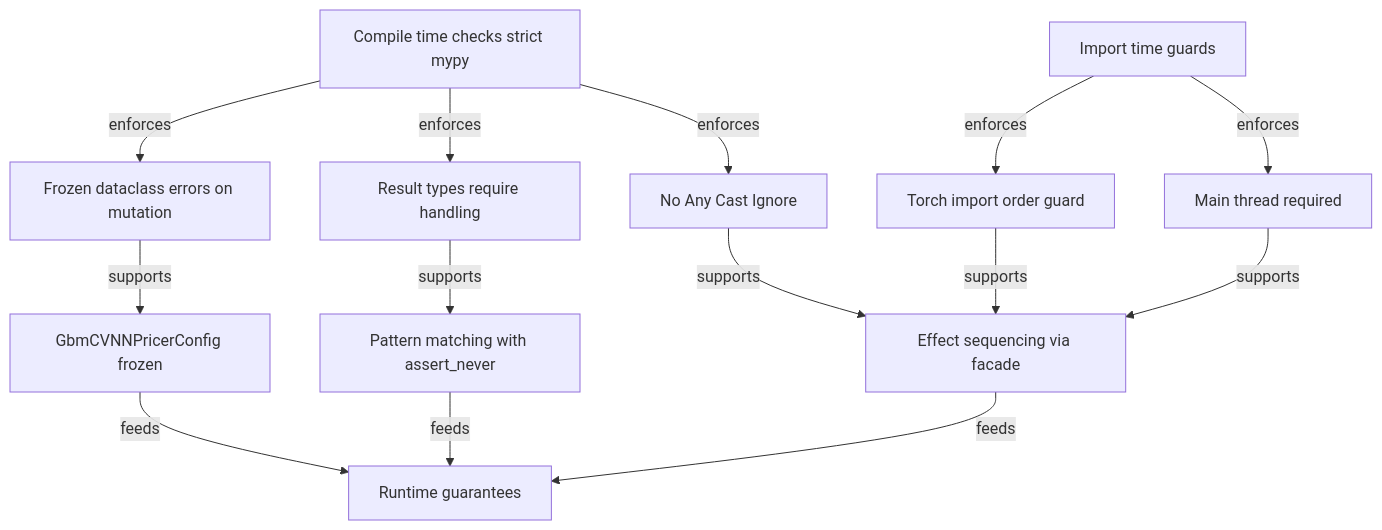
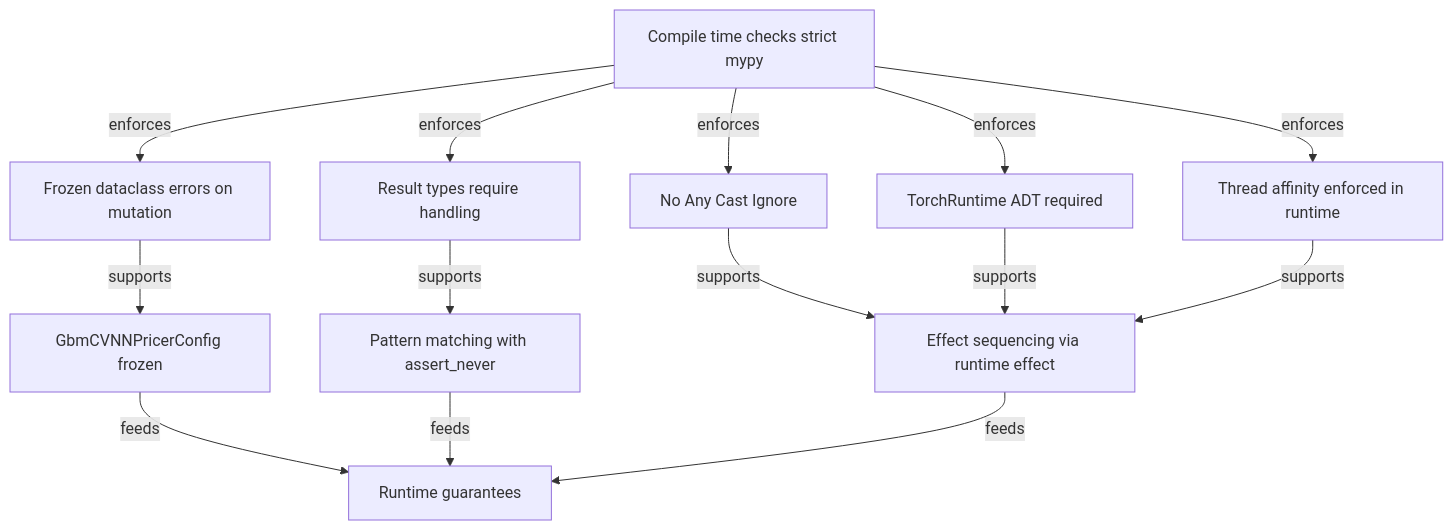
Before and after one commit to Tuee22/SpectralMC: the fourth of 5 diagrams in documents/engineering/reproducibility_proofs.md, drawn with Mermaid. The commit also changed other lines of this file and 42 other files, not shown here.

````diff
--- a/documents/engineering/reproducibility_proofs.md
+++ b/documents/engineering/reproducibility_proofs.md
@@ -345,28 +367,27 @@
 ```mermaid
 flowchart TB
     CompileChecks[Compile time checks strict mypy]
-    ImportGuards[Import time guards]
     RuntimeGuards[Runtime guarantees]
     FrozenCheck[Frozen dataclass errors on mutation]
     ResultCheck[Result types require handling]
     AnyCheck[No Any Cast Ignore]
-    TorchOrder[Torch import order guard]
-    ThreadCheck[Main thread required]
+    TorchRuntime[TorchRuntime ADT required]
+    ThreadCheck[Thread affinity enforced in runtime]
     ImmutableConfig[GbmCVNNPricerConfig frozen]
     PatternMatch[Pattern matching with assert_never]
-    EffectSequence[Effect sequencing via facade]
+    EffectSequence[Effect sequencing via runtime effect]
 
     CompileChecks -->|enforces| FrozenCheck
     CompileChecks -->|enforces| ResultCheck
     CompileChecks -->|enforces| AnyCheck
-    ImportGuards -->|enforces| TorchOrder
-    ImportGuards -->|enforces| ThreadCheck
+    CompileChecks -->|enforces| TorchRuntime
+    CompileChecks -->|enforces| ThreadCheck
     FrozenCheck -->|supports| ImmutableConfig
     ResultCheck -->|supports| PatternMatch
     AnyCheck -->|supports| EffectSequence
-    TorchOrder -->|supports| EffectSequence
+    TorchRuntime -->|supports| EffectSequence
     ThreadCheck -->|supports| EffectSequence
     ImmutableConfig -->|feeds| RuntimeGuards
     PatternMatch -->|feeds| RuntimeGuards
     EffectSequence -->|feeds| RuntimeGuards
 ```
````
